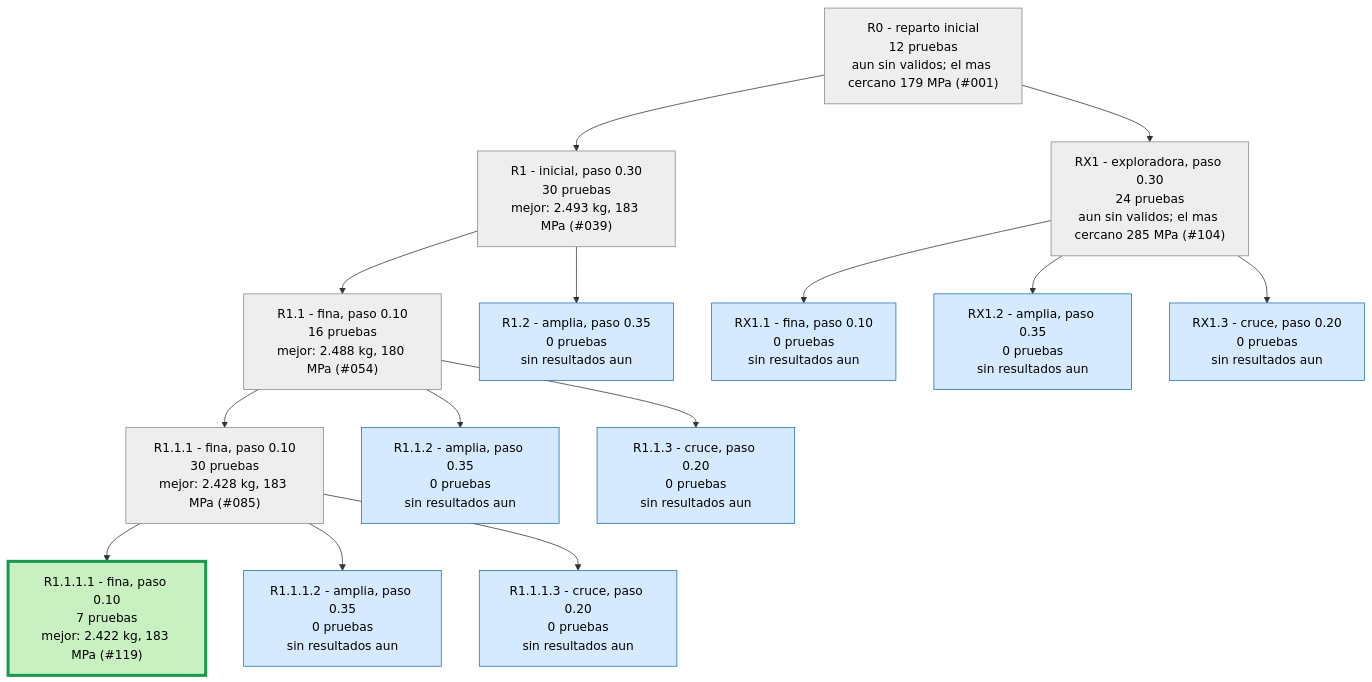
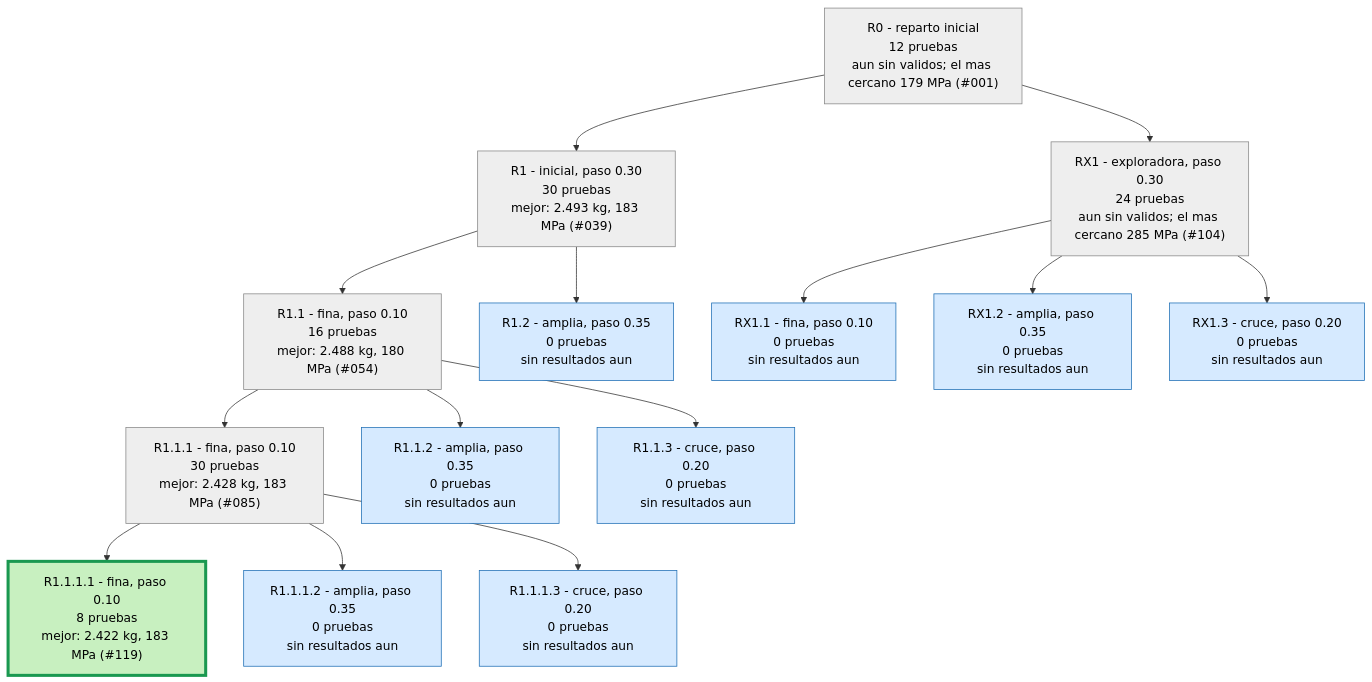
The second of 3 diagrams in runs/opt_37800N/ARBOL.md (Hugiko/msd-soporte-optimizacion), drawn with Mermaid before and after one commit. The commit also changed 22 other files, not shown here.

````diff
--- a/runs/opt_37800N/ARBOL.md
+++ b/runs/opt_37800N/ARBOL.md
@@ -29,33 +29,33 @@
 ```mermaid
 graph TD
 classDef activa fill:#d6eaff,stroke:#1f6fb5,color:#000
 classDef fin fill:#eeeeee,stroke:#888,color:#000
 classDef mejor fill:#c8f0c0,stroke:#1a9850,stroke-width:4px,color:#000
 R0["R0 - reparto inicial<br/>12 pruebas<br/>aun sin validos; el mas cercano 179 MPa (#001)"]:::fin
 R1["R1 - inicial, paso 0.30<br/>30 pruebas<br/>mejor: 2.493 kg, 183 MPa (#039)"]:::fin
 R0 --> R1
 R1_1["R1.1 - fina, paso 0.10<br/>16 pruebas<br/>mejor: 2.488 kg, 180 MPa (#054)"]:::fin
 R1 --> R1_1
 R1_2["R1.2 - amplia, paso 0.35<br/>0 pruebas<br/>sin resultados aun"]:::activa
 R1 --> R1_2
 R1_1_1["R1.1.1 - fina, paso 0.10<br/>30 pruebas<br/>mejor: 2.428 kg, 183 MPa (#085)"]:::fin
 R1_1 --> R1_1_1
 R1_1_2["R1.1.2 - amplia, paso 0.35<br/>0 pruebas<br/>sin resultados aun"]:::activa
 R1_1 --> R1_1_2
 R1_1_3["R1.1.3 - cruce, paso 0.20<br/>0 pruebas<br/>sin resultados aun"]:::activa
 R1_1 --> R1_1_3
-R1_1_1_1["R1.1.1.1 - fina, paso 0.10<br/>7 pruebas<br/>mejor: 2.422 kg, 183 MPa (#119)"]:::mejor
+R1_1_1_1["R1.1.1.1 - fina, paso 0.10<br/>8 pruebas<br/>mejor: 2.422 kg, 183 MPa (#119)"]:::mejor
 R1_1_1 --> R1_1_1_1
 R1_1_1_2["R1.1.1.2 - amplia, paso 0.35<br/>0 pruebas<br/>sin resultados aun"]:::activa
 R1_1_1 --> R1_1_1_2
 R1_1_1_3["R1.1.1.3 - cruce, paso 0.20<br/>0 pruebas<br/>sin resultados aun"]:::activa
 R1_1_1 --> R1_1_1_3
 RX1["RX1 - exploradora, paso 0.30<br/>24 pruebas<br/>aun sin validos; el mas cercano 285 MPa (#104)"]:::fin
 R0 --> RX1
 RX1_1["RX1.1 - fina, paso 0.10<br/>0 pruebas<br/>sin resultados aun"]:::activa
 RX1 --> RX1_1
 RX1_2["RX1.2 - amplia, paso 0.35<br/>0 pruebas<br/>sin resultados aun"]:::activa
 RX1 --> RX1_2
 RX1_3["RX1.3 - cruce, paso 0.20<br/>0 pruebas<br/>sin resultados aun"]:::activa
 RX1 --> RX1_3
 ```
````
